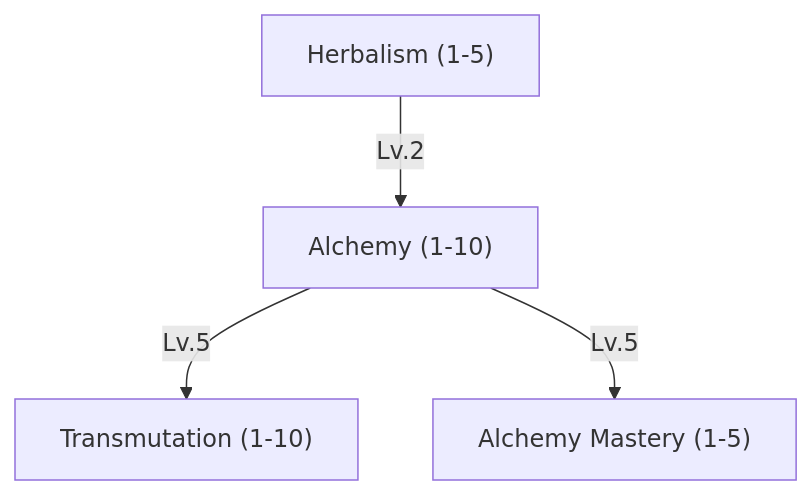
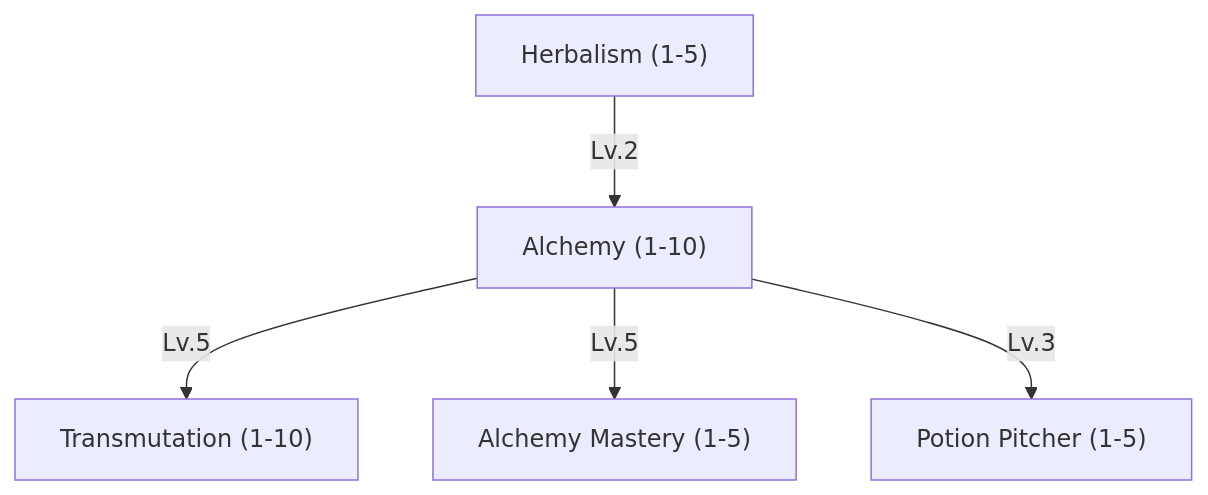
The fifth of 20 diagrams in content/docs/mechanics/master.md (tfelix/bestia-docs), drawn with Mermaid before and after one commit. The commit also changed other lines of this file, not shown here.

First line of the commit message:
Give the Alchemist Potion Pitcher and two routes

````diff
--- a/content/docs/mechanics/master.md
+++ b/content/docs/mechanics/master.md
@@ -644,11 +647,13 @@
 ```mermaid
 graph TD
     Herbalism["Herbalism (1-5)"]
     Alchemy["Alchemy (1-10)"]
     Transmutation["Transmutation (1-10)"]
     AlchemyMastery["Alchemy Mastery (1-5)"]
+    PotionPitcher["Potion Pitcher (1-5)"]
 
     Herbalism -->|Lv.2| Alchemy
     Alchemy -->|Lv.5| Transmutation
     Alchemy -->|Lv.5| AlchemyMastery
+    Alchemy -->|Lv.3| PotionPitcher
 ```
````
